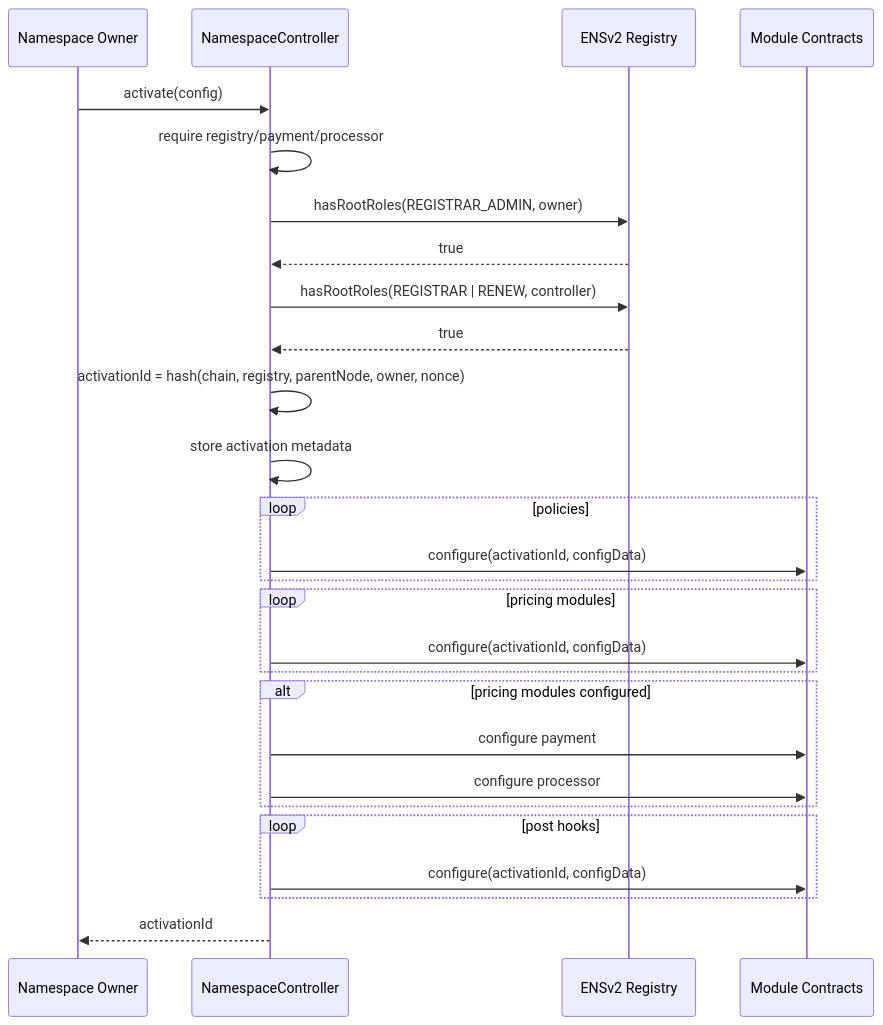
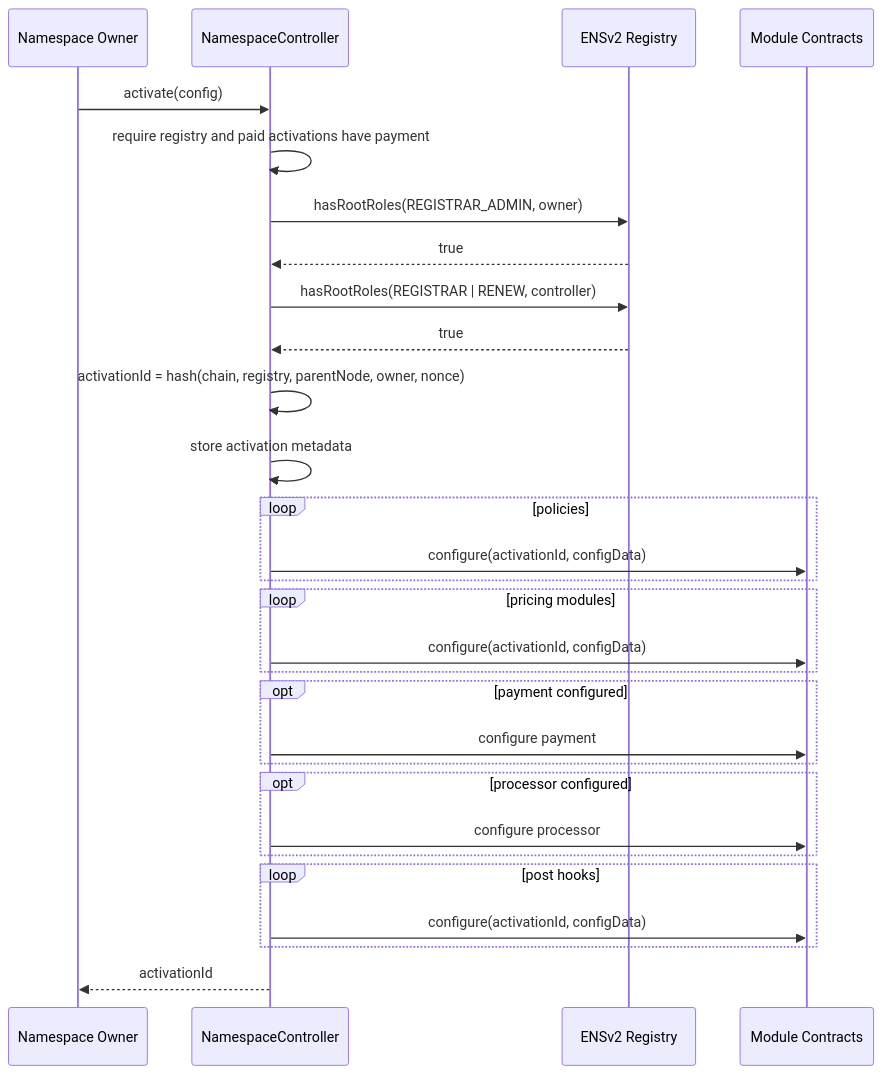
One commit to envoy1084/namespace-contracts-v2 changed the diagram in docs/02-activation-and-configuration.md. Above: the diagram before and after it, drawn with Mermaid. The commit also changed other lines of this file and 29 other files, not shown here.

````diff
--- a/docs/02-activation-and-configuration.md
+++ b/docs/02-activation-and-configuration.md
@@ -44,30 +44,32 @@
 ```mermaid
 sequenceDiagram
     participant Owner as Namespace Owner
     participant Controller as NamespaceController
     participant Registry as ENSv2 Registry
     participant Module as Module Contracts
 
     Owner->>Controller: activate(config)
-    Controller->>Controller: require registry/payment/processor
+    Controller->>Controller: require registry and paid activations have payment
     Controller->>Registry: hasRootRoles(REGISTRAR_ADMIN, owner)
     Registry-->>Controller: true
     Controller->>Registry: hasRootRoles(REGISTRAR | RENEW, controller)
     Registry-->>Controller: true
     Controller->>Controller: activationId = hash(chain, registry, parentNode, owner, nonce)
     Controller->>Controller: store activation metadata
     loop policies
         Controller->>Module: configure(activationId, configData)
     end
     loop pricing modules
         Controller->>Module: configure(activationId, configData)
     end
-    alt pricing modules configured
+    opt payment configured
         Controller->>Module: configure payment
+    end
+    opt processor configured
         Controller->>Module: configure processor
     end
     loop post hooks
         Controller->>Module: configure(activationId, configData)
     end
     Controller-->>Owner: activationId
 ```
````
